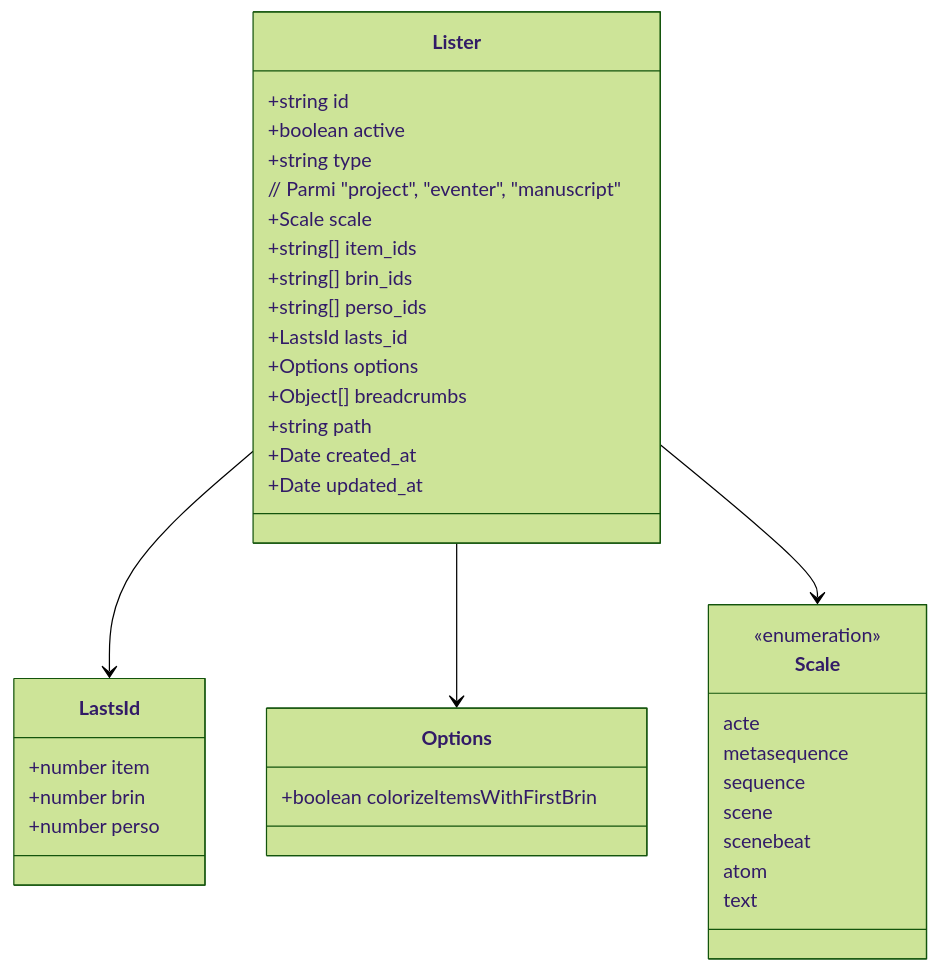
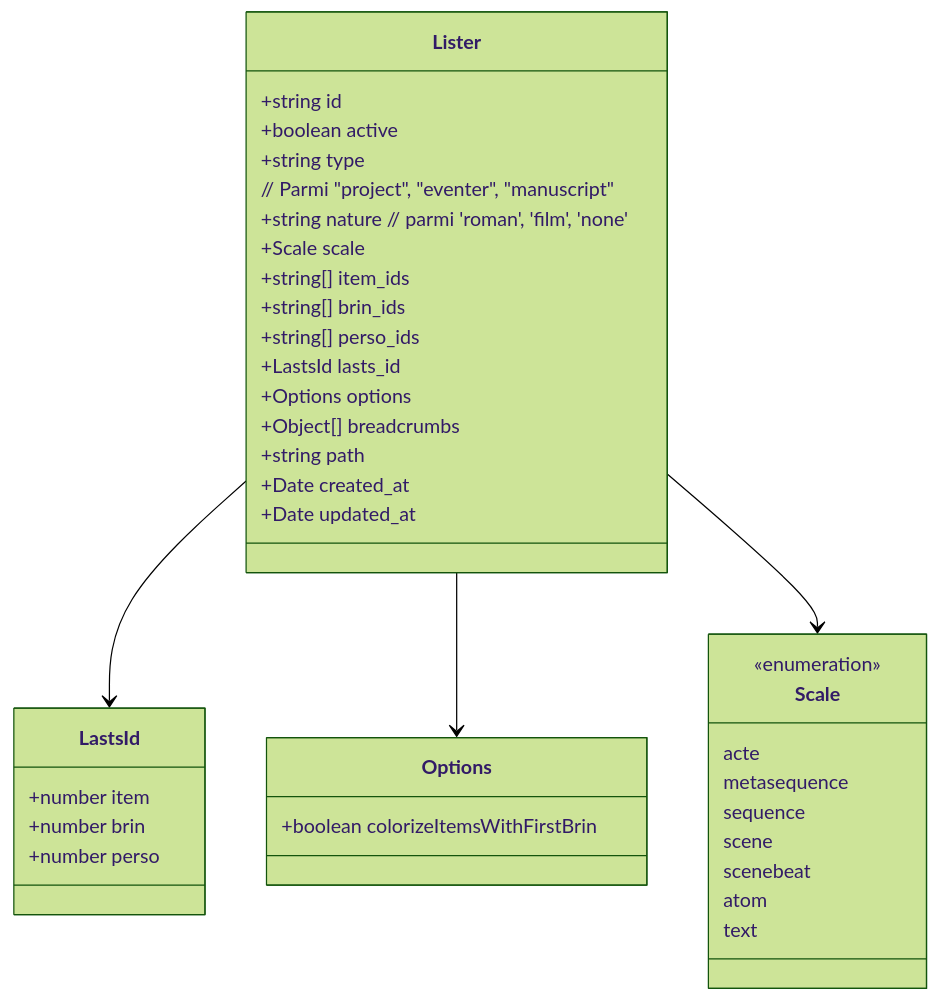
Before and after one commit to PhilippePerret/Eventer3: the first of 2 diagrams in dev/Specs-modeles.md, drawn with Mermaid (forest theme). The commit also changed other lines of this file and 6 other files, not shown here.

```diff
--- a/dev/Specs-modeles.md
+++ b/dev/Specs-modeles.md
@@ -53,44 +61,45 @@
 ~~~mermaid
 classDiagram
 	class Lister {
 		+string id
 		+boolean active
 		+string type
 		// Parmi "project", "eventer", "manuscript"
+		+string nature // parmi 'roman', 'film', 'none'
 		+Scale scale
 		+string[] item_ids
 		+string[] brin_ids
 		+string[] perso_ids
 		+LastsId   lasts_id
 		+Options options
 		+Object[] breadcrumbs
 		+string path
 		+Date created_at
 		+Date updated_at
 	}
 	
 	class LastsId {
 		+number item
 		+number brin
 		+number perso
 	}
 	
 	class Options {
 		+boolean colorizeItemsWithFirstBrin
 	}
 	
 	class Scale {
 		<<enumeration>>
 		acte
 		metasequence
 		sequence
 		scene
 		scenebeat
 		atom
 		text
 	}
 	
 	Lister --> LastsId
 	Lister --> Options
 	Lister --> Scale
 ~~~
```
